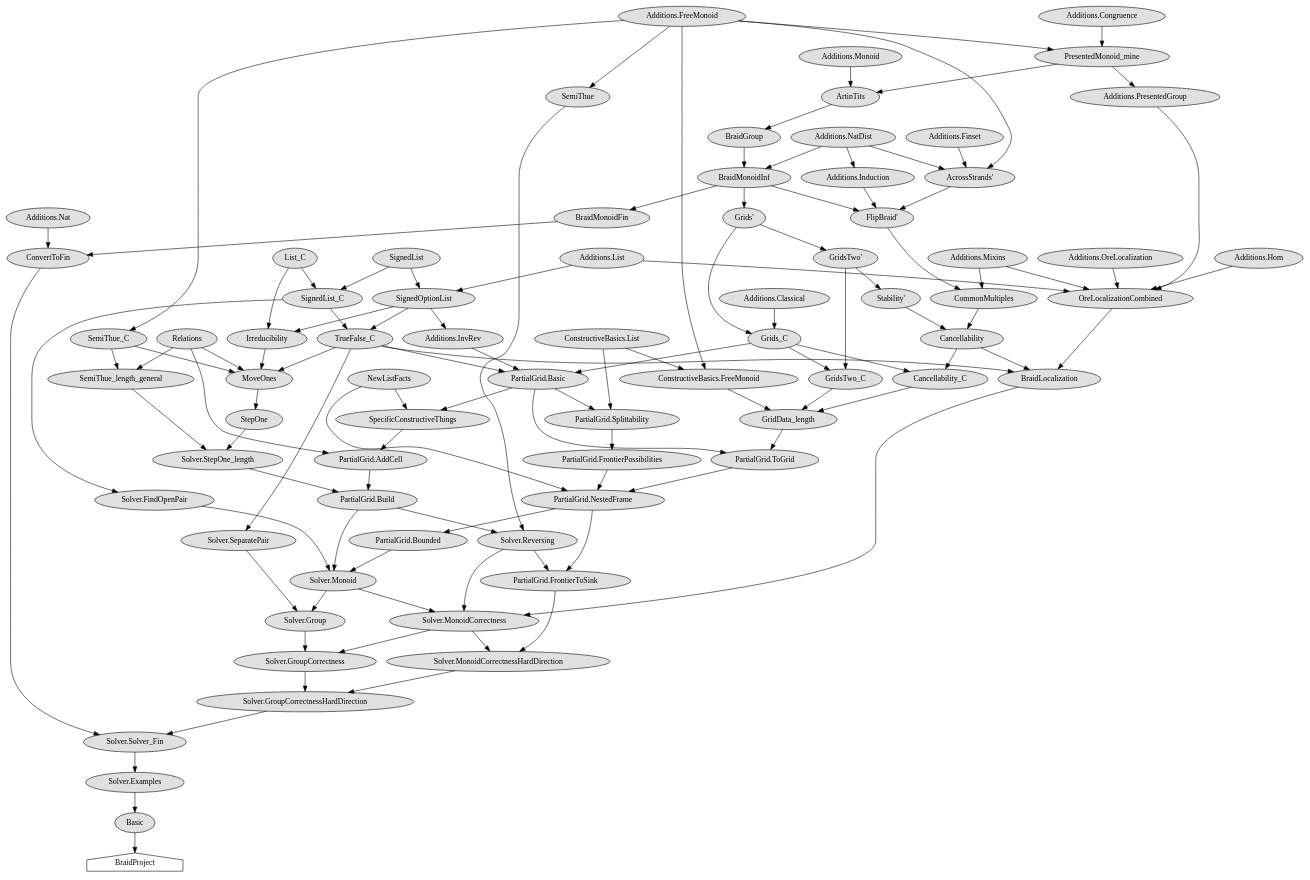
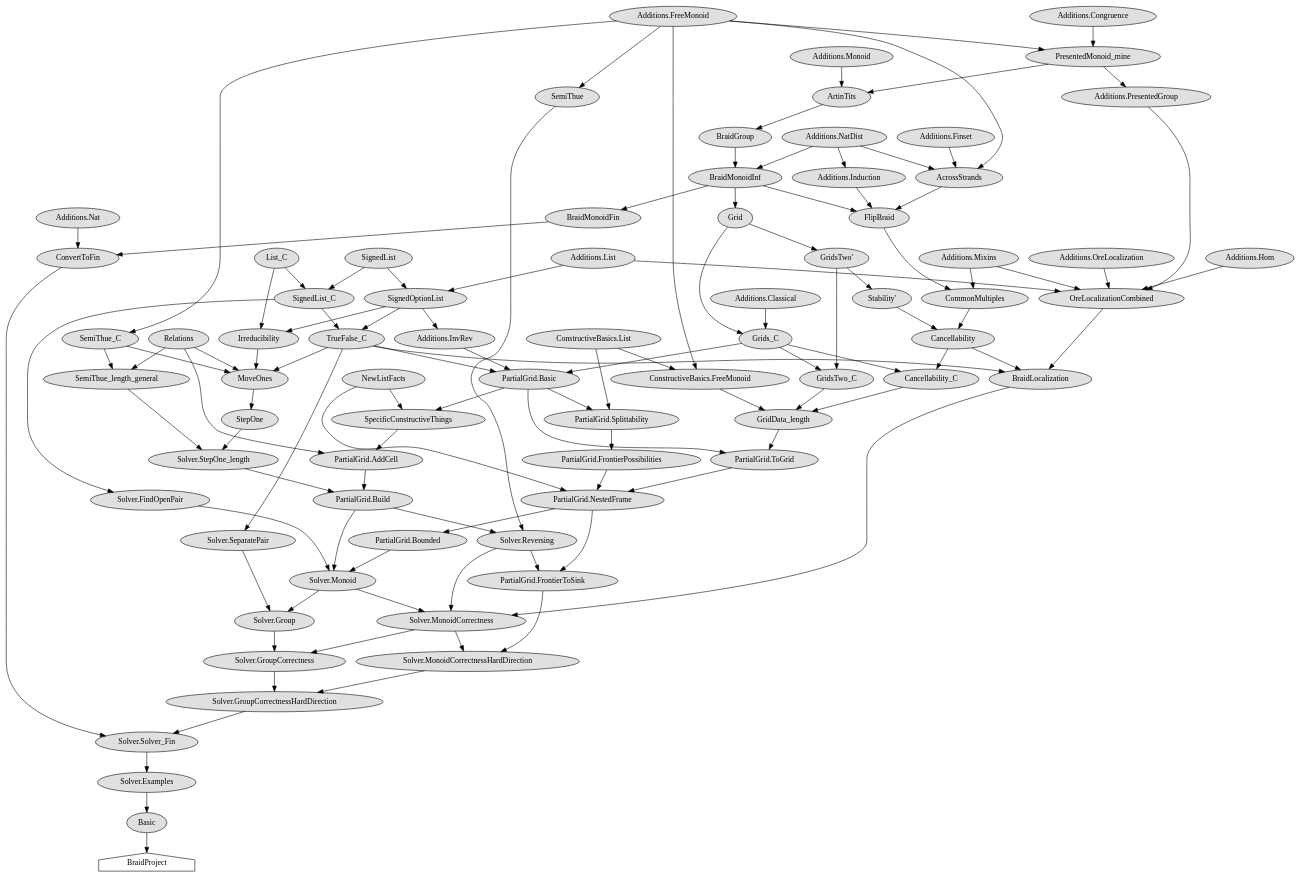
The diagram in import_graph_braid_only.dot (hannahfechtner/braids_better), drawn with Graphviz before and after one commit. The commit also changed 56 other files, not shown here.

```diff
--- a/import_graph_braid_only.dot
+++ b/import_graph_braid_only.dot
@@ -1,181 +1,181 @@
 digraph "import_graph" {
   "NewListFacts" [style=filled, fillcolor="#e0e0e0", shape=ellipse];
   "Additions.Nat" [style=filled, fillcolor="#e0e0e0", shape=ellipse];
   "BraidGroup" [style=filled, fillcolor="#e0e0e0", shape=ellipse];
   "ArtinTits" -> "BraidGroup";
   "Additions.List" [style=filled, fillcolor="#e0e0e0", shape=ellipse];
   "PartialGrid.AddCell" [style=filled, fillcolor="#e0e0e0", shape=ellipse];
   "Relations" -> "PartialGrid.AddCell";
   "SpecificConstructiveThings" -> "PartialGrid.AddCell";
   "Irreducibility" [style=filled, fillcolor="#e0e0e0", shape=ellipse];
   "List_C" -> "Irreducibility";
   "SignedOptionList" -> "Irreducibility";
   "Solver.MonoidCorrectnessHardDirection" [style=filled, fillcolor="#e0e0e0", shape=ellipse];
   "Solver.MonoidCorrectness" -> "Solver.MonoidCorrectnessHardDirection";
   "PartialGrid.FrontierToSink" -> "Solver.MonoidCorrectnessHardDirection";
   "SemiThue_length_general" [style=filled, fillcolor="#e0e0e0", shape=ellipse];
   "SemiThue_C" -> "SemiThue_length_general";
   "Relations" -> "SemiThue_length_general";
   "Solver.Monoid" [style=filled, fillcolor="#e0e0e0", shape=ellipse];
   "PartialGrid.Bounded" -> "Solver.Monoid";
   "PartialGrid.Build" -> "Solver.Monoid";
   "Solver.FindOpenPair" -> "Solver.Monoid";
   "OreLocalizationCombined" [style=filled, fillcolor="#e0e0e0", shape=ellipse];
   "Additions.Hom" -> "OreLocalizationCombined";
   "Additions.List" -> "OreLocalizationCombined";
   "Additions.Mixins" -> "OreLocalizationCombined";
   "Additions.OreLocalization" -> "OreLocalizationCombined";
   "Additions.PresentedGroup" -> "OreLocalizationCombined";
   "Relations" [style=filled, fillcolor="#e0e0e0", shape=ellipse];
   "Solver.Reversing" [style=filled, fillcolor="#e0e0e0", shape=ellipse];
   "SemiThue" -> "Solver.Reversing";
   "PartialGrid.Build" -> "Solver.Reversing";
   "Additions.FreeMonoid" [style=filled, fillcolor="#e0e0e0", shape=ellipse];
   "SpecificConstructiveThings" [style=filled, fillcolor="#e0e0e0", shape=ellipse];
   "NewListFacts" -> "SpecificConstructiveThings";
   "PartialGrid.Basic" -> "SpecificConstructiveThings";
   "PartialGrid.Build" [style=filled, fillcolor="#e0e0e0", shape=ellipse];
   "PartialGrid.AddCell" -> "PartialGrid.Build";
   "Solver.StepOne_length" -> "PartialGrid.Build";
   "PartialGrid.Basic" [style=filled, fillcolor="#e0e0e0", shape=ellipse];
   "Additions.InvRev" -> "PartialGrid.Basic";
   "Grids_C" -> "PartialGrid.Basic";
   "TrueFalse_C" -> "PartialGrid.Basic";
   "SignedList_C" [style=filled, fillcolor="#e0e0e0", shape=ellipse];
   "List_C" -> "SignedList_C";
   "SignedList" -> "SignedList_C";
   "BraidLocalization" [style=filled, fillcolor="#e0e0e0", shape=ellipse];
   "TrueFalse_C" -> "BraidLocalization";
   "Cancellability" -> "BraidLocalization";
   "OreLocalizationCombined" -> "BraidLocalization";
   "Cancellability_C" [style=filled, fillcolor="#e0e0e0", shape=ellipse];
   "Grids_C" -> "Cancellability_C";
   "Cancellability" -> "Cancellability_C";
   "Additions.Monoid" [style=filled, fillcolor="#e0e0e0", shape=ellipse];
   "Additions.Hom" [style=filled, fillcolor="#e0e0e0", shape=ellipse];
   "GridsTwo_C" [style=filled, fillcolor="#e0e0e0", shape=ellipse];
   "Grids_C" -> "GridsTwo_C";
   "GridsTwo'" -> "GridsTwo_C";
   "BraidMonoidFin" [style=filled, fillcolor="#e0e0e0", shape=ellipse];
   "BraidMonoidInf" -> "BraidMonoidFin";
   "PartialGrid.NestedFrame" [style=filled, fillcolor="#e0e0e0", shape=ellipse];
   "NewListFacts" -> "PartialGrid.NestedFrame";
   "PartialGrid.FrontierPossibilities" -> "PartialGrid.NestedFrame";
   "PartialGrid.ToGrid" -> "PartialGrid.NestedFrame";
   "GridsTwo'" [style=filled, fillcolor="#e0e0e0", shape=ellipse];
-  "Grids'" -> "GridsTwo'";
+  "Grid" -> "GridsTwo'";
   "Additions.Finset" [style=filled, fillcolor="#e0e0e0", shape=ellipse];
   "Additions.Congruence" [style=filled, fillcolor="#e0e0e0", shape=ellipse];
   "ConstructiveBasics.List" [style=filled, fillcolor="#e0e0e0", shape=ellipse];
   "Solver.Group" [style=filled, fillcolor="#e0e0e0", shape=ellipse];
   "Solver.Monoid" -> "Solver.Group";
   "Solver.SeparatePair" -> "Solver.Group";
-  "Grids'" [style=filled, fillcolor="#e0e0e0", shape=ellipse];
-  "BraidMonoidInf" -> "Grids'";
+  "Grid" [style=filled, fillcolor="#e0e0e0", shape=ellipse];
+  "BraidMonoidInf" -> "Grid";
   "List_C" [style=filled, fillcolor="#e0e0e0", shape=ellipse];
   "Solver.GroupCorrectnessHardDirection" [style=filled, fillcolor="#e0e0e0", shape=ellipse];
   "Solver.GroupCorrectness" -> "Solver.GroupCorrectnessHardDirection";
   "Solver.MonoidCorrectnessHardDirection" -> "Solver.GroupCorrectnessHardDirection";
   "Solver.StepOne_length" [style=filled, fillcolor="#e0e0e0", shape=ellipse];
   "StepOne" -> "Solver.StepOne_length";
   "SemiThue_length_general" -> "Solver.StepOne_length";
   "Cancellability" [style=filled, fillcolor="#e0e0e0", shape=ellipse];
   "Stability'" -> "Cancellability";
   "CommonMultiples" -> "Cancellability";
   "Solver.MonoidCorrectness" [style=filled, fillcolor="#e0e0e0", shape=ellipse];
   "Solver.Monoid" -> "Solver.MonoidCorrectness";
   "Solver.Reversing" -> "Solver.MonoidCorrectness";
   "BraidLocalization" -> "Solver.MonoidCorrectness";
   "Basic" [style=filled, fillcolor="#e0e0e0", shape=ellipse];
   "Solver.Examples" -> "Basic";
   "PartialGrid.ToGrid" [style=filled, fillcolor="#e0e0e0", shape=ellipse];
   "GridData_length" -> "PartialGrid.ToGrid";
   "PartialGrid.Basic" -> "PartialGrid.ToGrid";
   "MoveOnes" [style=filled, fillcolor="#e0e0e0", shape=ellipse];
   "SemiThue_C" -> "MoveOnes";
   "Relations" -> "MoveOnes";
   "TrueFalse_C" -> "MoveOnes";
   "Irreducibility" -> "MoveOnes";
   "Additions.NatDist" [style=filled, fillcolor="#e0e0e0", shape=ellipse];
   "Additions.Classical" [style=filled, fillcolor="#e0e0e0", shape=ellipse];
   "BraidProject" [shape=house];
   "Basic" -> "BraidProject";
   "SemiThue_C" [style=filled, fillcolor="#e0e0e0", shape=ellipse];
   "Additions.FreeMonoid" -> "SemiThue_C";
   "PresentedMonoid_mine" [style=filled, fillcolor="#e0e0e0", shape=ellipse];
   "Additions.Congruence" -> "PresentedMonoid_mine";
   "Additions.FreeMonoid" -> "PresentedMonoid_mine";
   "SignedOptionList" [style=filled, fillcolor="#e0e0e0", shape=ellipse];
   "SignedList" -> "SignedOptionList";
   "Additions.List" -> "SignedOptionList";
   "GridData_length" [style=filled, fillcolor="#e0e0e0", shape=ellipse];
   "Cancellability_C" -> "GridData_length";
   "ConstructiveBasics.FreeMonoid" -> "GridData_length";
   "GridsTwo_C" -> "GridData_length";
   "Additions.PresentedGroup" [style=filled, fillcolor="#e0e0e0", shape=ellipse];
   "PresentedMonoid_mine" -> "Additions.PresentedGroup";
   "Solver.FindOpenPair" [style=filled, fillcolor="#e0e0e0", shape=ellipse];
   "SignedList_C" -> "Solver.FindOpenPair";
   "TrueFalse_C" [style=filled, fillcolor="#e0e0e0", shape=ellipse];
   "SignedOptionList" -> "TrueFalse_C";
   "SignedList_C" -> "TrueFalse_C";
   "PartialGrid.Bounded" [style=filled, fillcolor="#e0e0e0", shape=ellipse];
   "PartialGrid.NestedFrame" -> "PartialGrid.Bounded";
   "BraidMonoidInf" [style=filled, fillcolor="#e0e0e0", shape=ellipse];
   "Additions.NatDist" -> "BraidMonoidInf";
   "BraidGroup" -> "BraidMonoidInf";
   "StepOne" [style=filled, fillcolor="#e0e0e0", shape=ellipse];
   "MoveOnes" -> "StepOne";
   "Solver.SeparatePair" [style=filled, fillcolor="#e0e0e0", shape=ellipse];
   "TrueFalse_C" -> "Solver.SeparatePair";
   "Additions.InvRev" [style=filled, fillcolor="#e0e0e0", shape=ellipse];
   "SignedOptionList" -> "Additions.InvRev";
-  "FlipBraid'" [style=filled, fillcolor="#e0e0e0", shape=ellipse];
-  "BraidMonoidInf" -> "FlipBraid'";
-  "AcrossStrands'" -> "FlipBraid'";
-  "Additions.Induction" -> "FlipBraid'";
+  "FlipBraid" [style=filled, fillcolor="#e0e0e0", shape=ellipse];
+  "BraidMonoidInf" -> "FlipBraid";
+  "AcrossStrands" -> "FlipBraid";
+  "Additions.Induction" -> "FlipBraid";
   "CommonMultiples" [style=filled, fillcolor="#e0e0e0", shape=ellipse];
-  "FlipBraid'" -> "CommonMultiples";
+  "FlipBraid" -> "CommonMultiples";
   "Additions.Mixins" -> "CommonMultiples";
-  "AcrossStrands'" [style=filled, fillcolor="#e0e0e0", shape=ellipse];
-  "Additions.Finset" -> "AcrossStrands'";
-  "Additions.NatDist" -> "AcrossStrands'";
-  "Additions.FreeMonoid" -> "AcrossStrands'";
+  "AcrossStrands" [style=filled, fillcolor="#e0e0e0", shape=ellipse];
+  "Additions.Finset" -> "AcrossStrands";
+  "Additions.NatDist" -> "AcrossStrands";
+  "Additions.FreeMonoid" -> "AcrossStrands";
   "ArtinTits" [style=filled, fillcolor="#e0e0e0", shape=ellipse];
   "Additions.Monoid" -> "ArtinTits";
   "PresentedMonoid_mine" -> "ArtinTits";
   "Solver.Examples" [style=filled, fillcolor="#e0e0e0", shape=ellipse];
   "Solver.Solver_Fin" -> "Solver.Examples";
   "PartialGrid.FrontierToSink" [style=filled, fillcolor="#e0e0e0", shape=ellipse];
   "PartialGrid.NestedFrame" -> "PartialGrid.FrontierToSink";
   "Solver.Reversing" -> "PartialGrid.FrontierToSink";
   "SemiThue" [style=filled, fillcolor="#e0e0e0", shape=ellipse];
   "Additions.FreeMonoid" -> "SemiThue";
   "Additions.Mixins" [style=filled, fillcolor="#e0e0e0", shape=ellipse];
   "SignedList" [style=filled, fillcolor="#e0e0e0", shape=ellipse];
   "PartialGrid.FrontierPossibilities" [style=filled, fillcolor="#e0e0e0", shape=ellipse];
   "PartialGrid.Splittability" -> "PartialGrid.FrontierPossibilities";
   "Solver.Solver_Fin" [style=filled, fillcolor="#e0e0e0", shape=ellipse];
   "Solver.GroupCorrectnessHardDirection" -> "Solver.Solver_Fin";
   "ConvertToFin" -> "Solver.Solver_Fin";
   "Solver.GroupCorrectness" [style=filled, fillcolor="#e0e0e0", shape=ellipse];
   "Solver.Group" -> "Solver.GroupCorrectness";
   "Solver.MonoidCorrectness" -> "Solver.GroupCorrectness";
   "PartialGrid.Splittability" [style=filled, fillcolor="#e0e0e0", shape=ellipse];
   "ConstructiveBasics.List" -> "PartialGrid.Splittability";
   "PartialGrid.Basic" -> "PartialGrid.Splittability";
   "Grids_C" [style=filled, fillcolor="#e0e0e0", shape=ellipse];
-  "Grids'" -> "Grids_C";
+  "Grid" -> "Grids_C";
   "Additions.Classical" -> "Grids_C";
   "ConvertToFin" [style=filled, fillcolor="#e0e0e0", shape=ellipse];
   "BraidMonoidFin" -> "ConvertToFin";
   "Additions.Nat" -> "ConvertToFin";
   "Additions.OreLocalization" [style=filled, fillcolor="#e0e0e0", shape=ellipse];
   "ConstructiveBasics.FreeMonoid" [style=filled, fillcolor="#e0e0e0", shape=ellipse];
   "Additions.FreeMonoid" -> "ConstructiveBasics.FreeMonoid";
   "ConstructiveBasics.List" -> "ConstructiveBasics.FreeMonoid";
   "Additions.Induction" [style=filled, fillcolor="#e0e0e0", shape=ellipse];
   "Additions.NatDist" -> "Additions.Induction";
   "Stability'" [style=filled, fillcolor="#e0e0e0", shape=ellipse];
   "GridsTwo'" -> "Stability'";
 }
```
